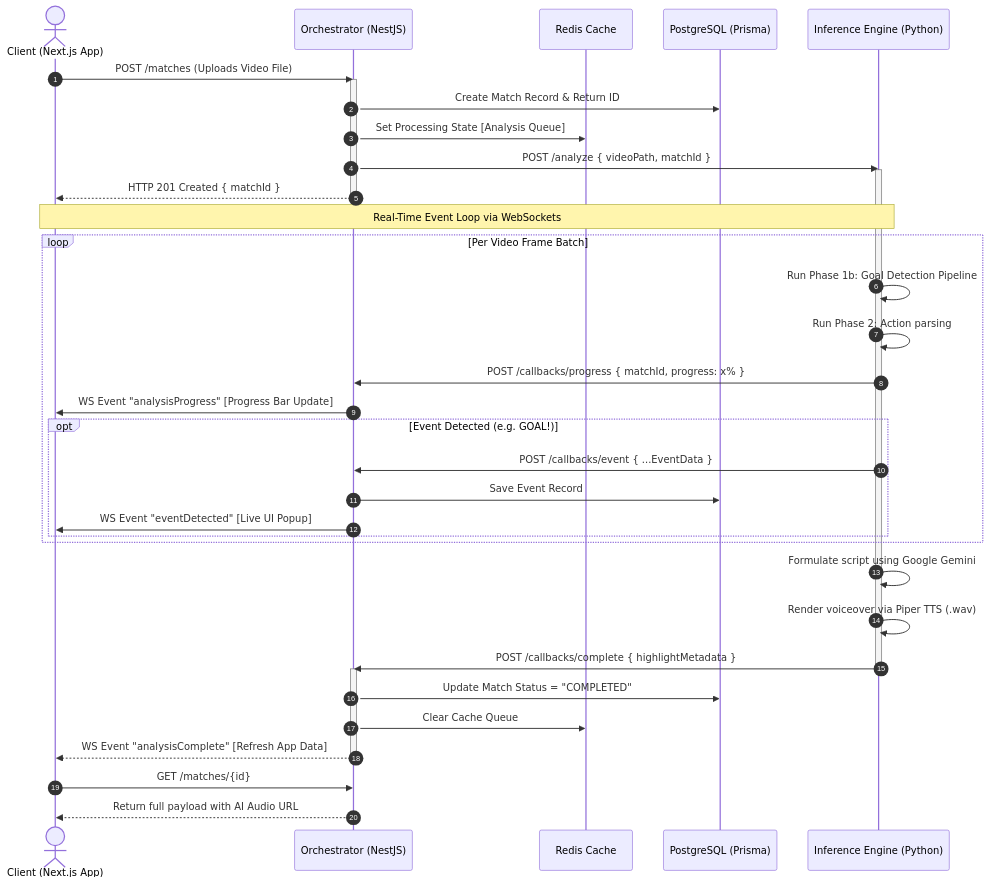
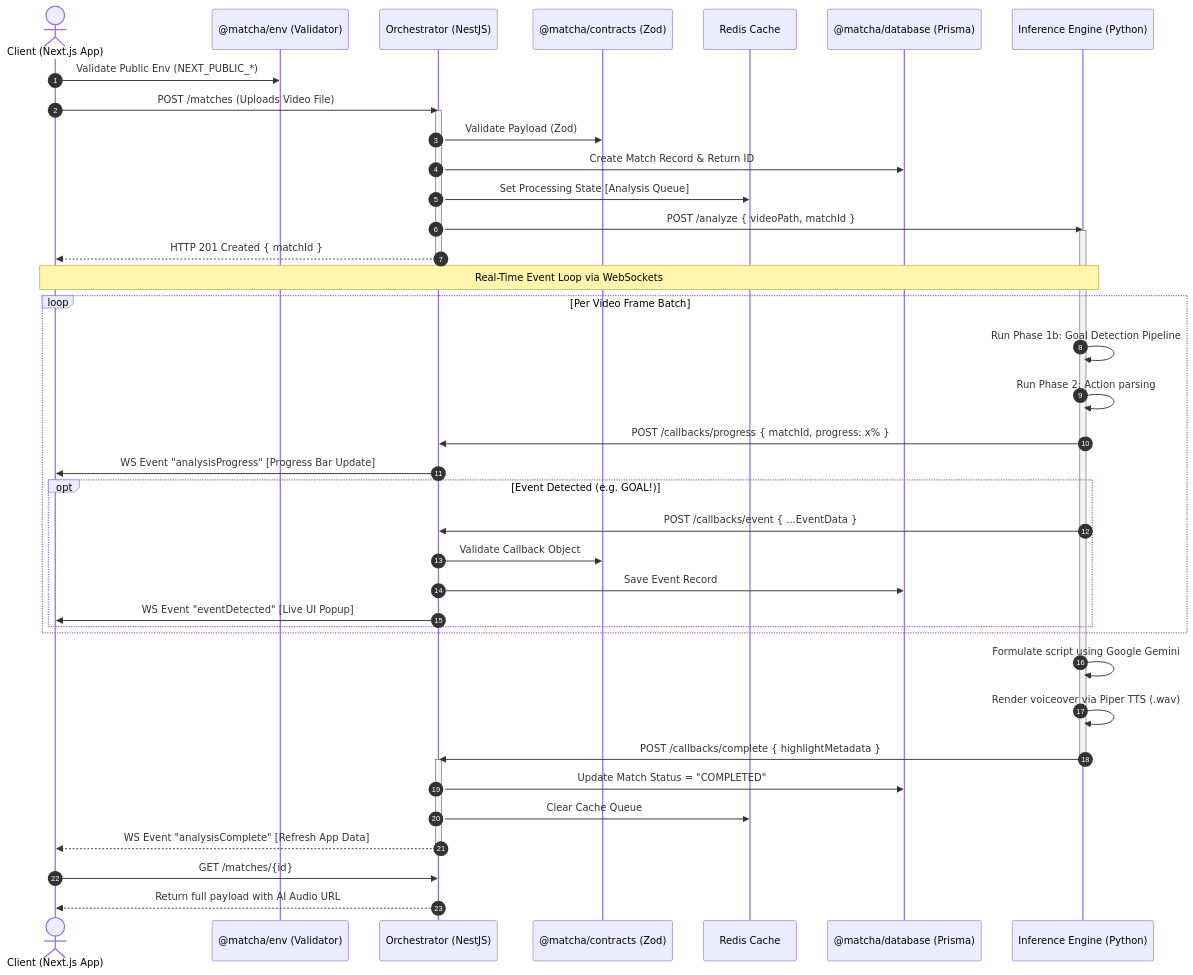
One commit to Aryan-en/Matcha-AI-DTU changed the first of 5 diagrams in docs/ARCHITECTURE.md. Above: the diagram before and after it, drawn with Mermaid. The commit also changed other lines of this file and 85 other files, not shown here.

````diff
--- a/docs/ARCHITECTURE.md
+++ b/docs/ARCHITECTURE.md
@@ -16,65 +16,70 @@
 ```mermaid
 sequenceDiagram
     autonumber
     
     actor User as Client (Next.js App)
+    participant Env as @matcha/env (Validator)
     participant Orch as Orchestrator (NestJS)
+    participant Cont as @matcha/contracts (Zod)
     participant Redis as Redis Cache
-    participant DB as PostgreSQL (Prisma)
+    participant DB as @matcha/database (Prisma)
     participant ML as Inference Engine (Python)
 
     %% -------------------------------------
     %% Stage 1: Upload & Registration Focus
     %% -------------------------------------
+    User->>Env: Validate Public Env (NEXT_PUBLIC_*)
     User->>Orch: POST /matches (Uploads Video File)
     activate Orch
     
+    Orch->>Cont: Validate Payload (Zod)
     Orch->>DB: Create Match Record & Return ID
     Orch->>Redis: Set Processing State [Analysis Queue]
     
     Orch->>ML: POST /analyze { videoPath, matchId }
     activate ML
     
     Orch-->>User: HTTP 201 Created { matchId }
     deactivate Orch
     
     %% -------------------------------------
     %% Stage 2: Processing & Live Updates
     %% -------------------------------------
     
     note over ML,User: Real-Time Event Loop via WebSockets
     
     loop Per Video Frame Batch
         ML->>ML: Run Phase 1b: Goal Detection Pipeline
         ML->>ML: Run Phase 2: Action parsing 
         
         ML->>Orch: POST /callbacks/progress { matchId, progress: x% }
         Orch->>User: WS Event "analysisProgress" [Progress Bar Update]
         
         opt Event Detected (e.g. GOAL!)
             ML->>Orch: POST /callbacks/event { ...EventData }
+            Orch->>Cont: Validate Callback Object
             Orch->>DB: Save Event Record
             Orch->>User: WS Event "eventDetected" [Live UI Popup]
         end
     end
     
     %% -------------------------------------
     %% Stage 3: Generative AI & Audio Render
     %% -------------------------------------
     
     ML->>ML: Formulate script using Google Gemini
     ML->>ML: Render voiceover via Piper TTS (.wav)
     
     ML->>Orch: POST /callbacks/complete { highlightMetadata }
     deactivate ML
     activate Orch
     
     Orch->>DB: Update Match Status = "COMPLETED"
     Orch->>Redis: Clear Cache Queue
     
     Orch-->>User: WS Event "analysisComplete" [Refresh App Data]
     deactivate Orch
     
     User->>Orch: GET /matches/{id}
     Orch-->>User: Return full payload with AI Audio URL
 ```
````
